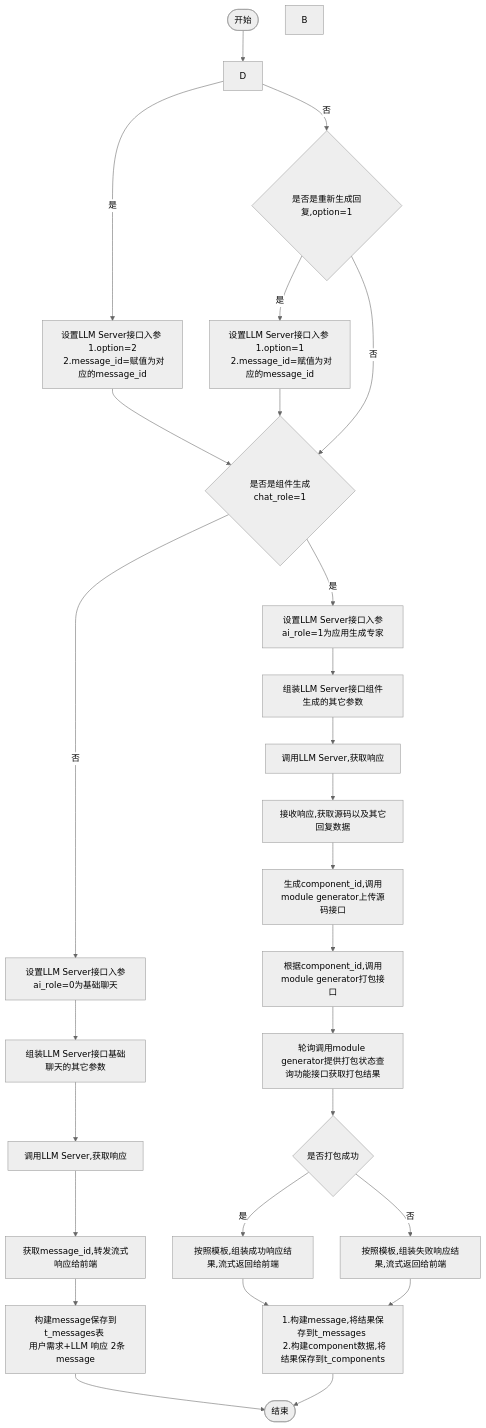
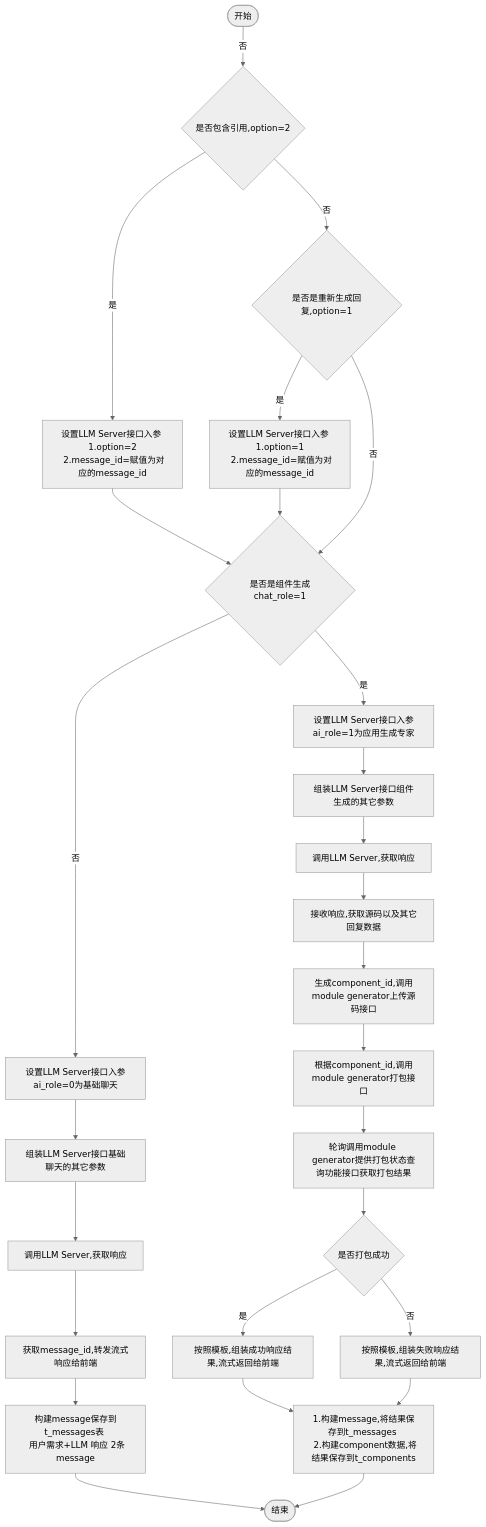
One commit to yingjianzh/iodraw-files changed the diagram in all/w3-会话-不需要传递message.md. Above: the diagram before and after it, drawn with Mermaid (neutral theme).

Commit message:
2024-10-15 14:15:36 update

````diff
--- a/all/w3-会话-不需要传递message.md
+++ b/all/w3-会话-不需要传递message.md
@@ -1,34 +1,33 @@
 ```mermaid
 flowchart TD
-    A([开始]) --> D
-    B 
+    A([开始]) -- 否 --> D{是否包含引用,option=2}
     D -- 是 --> E[设置LLM Server接口入参 \n 1.option=2 \n 2.message_id=赋值为对应的message_id]
     D -- 否 --> F{是否是重新生成回复,option=1}
     F -- 是 --> G[设置LLM Server接口入参 \n 1.option=1 \n 2.message_id=赋值为对应的message_id]
     F -- 否 --> I
      
     E & G --> I{是否是组件生成chat_role=1}
     I -- 否 --> K[设置LLM Server接口入参ai_role=0为基础聊天]
     I -- 是 --> J[设置LLM Server接口入参ai_role=1为应用生成专家]
     
 
     J --> L[组装LLM Server接口组件生成的其它参数]    
     K --> M[组装LLM Server接口基础聊天的其它参数]    
     M --> N[调用LLM Server,获取响应]    
     N --> O[获取message_id,转发流式响应给前端]
     O --> P[构建message保存到t_messages表 \n 用户需求+LLM 响应 2条message]
     P --> R([结束])
 
 
     L --> S[调用LLM Server,获取响应]
     S --> T[接收响应,获取源码以及其它回复数据]
     T --> U[生成component_id,调用module generator上传源码接口]
     U --> V[根据component_id,调用module generator打包接口]
     V --> W[轮询调用module generator提供打包状态查询功能接口获取打包结果]
     W --> X{是否打包成功}
     X -- 是 --> Y[按照模板,组装成功响应结果,流式返回给前端]
     X -- 否 --> Z[按照模板,组装失败响应结果,流式返回给前端]
 
     Y & Z --> Result[1.构建message,将结果保存到t_messages \n 2.构建component数据,将结果保存到t_components]
     Result --> R
 ```
````
